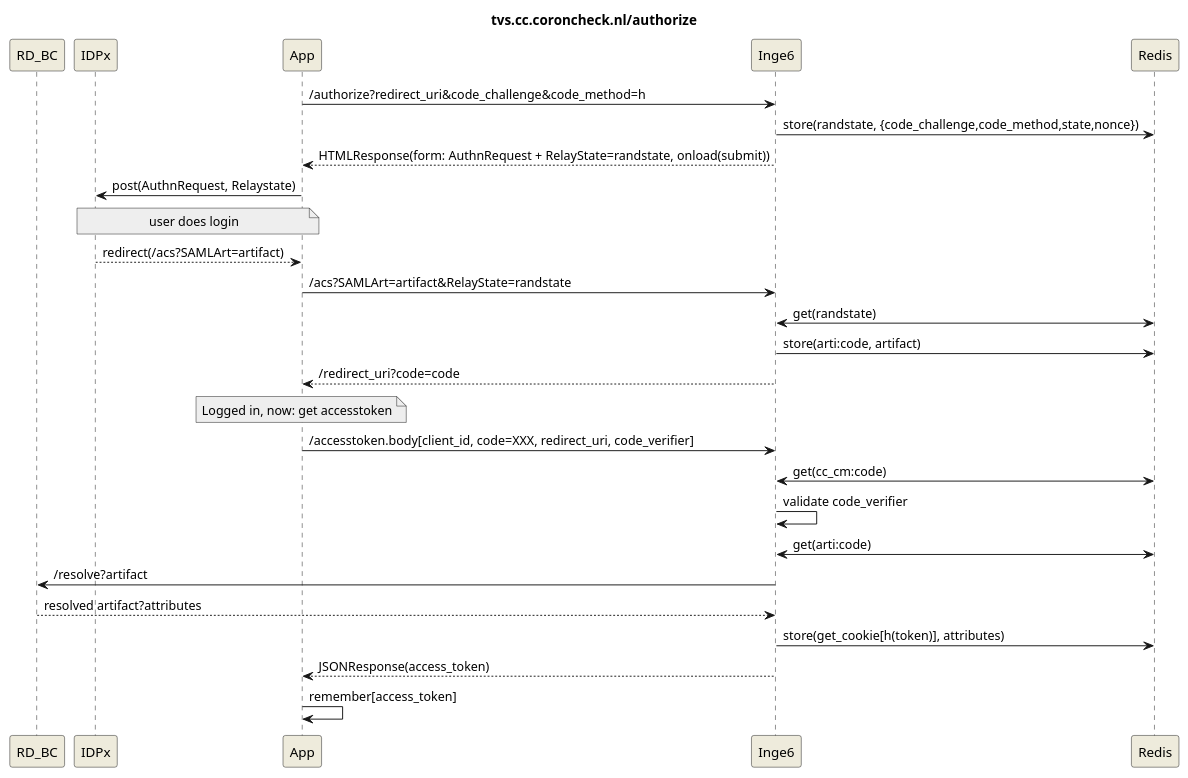
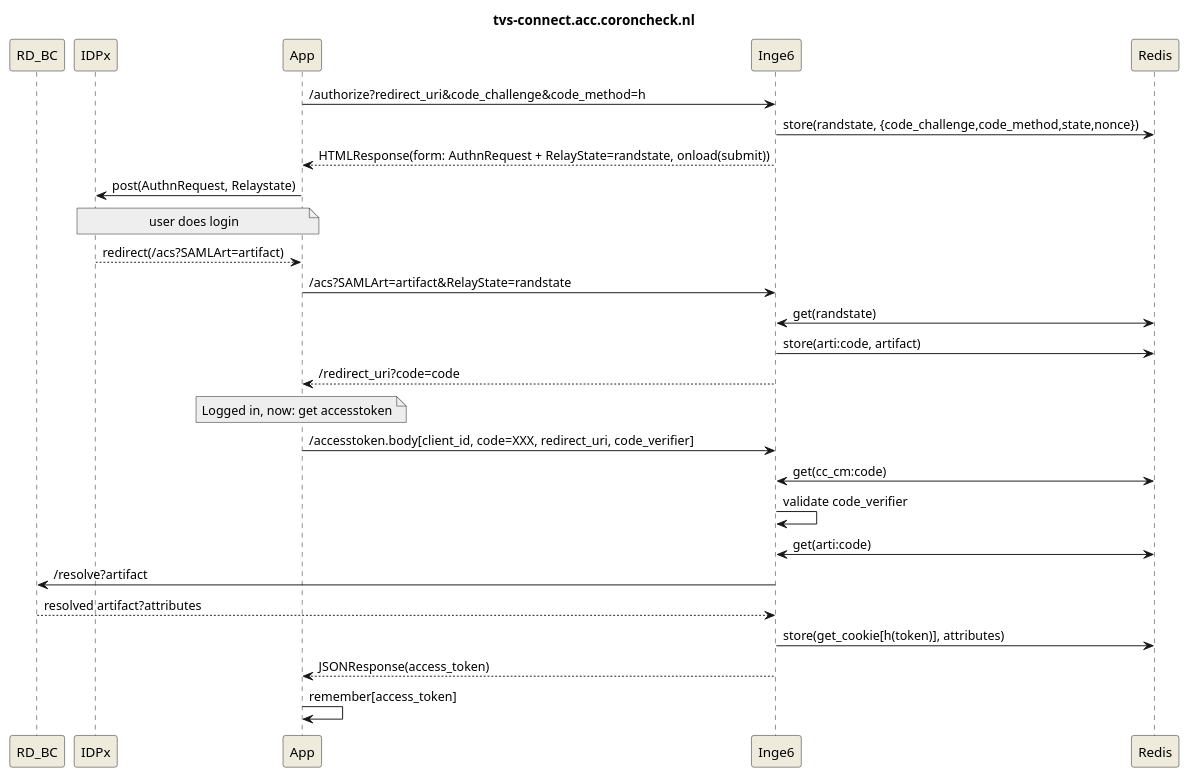
One commit to minvws/nl-rdo-max changed the diagram in docs/tvs-oidc-puml.wsd. Above: the diagram before and after it, drawn with PlantUML. The commit also changed 25 other files, not shown here.

```diff
--- a/docs/tvs-oidc-puml.wsd
+++ b/docs/tvs-oidc-puml.wsd
@@ -1,39 +1,39 @@
 @startuml
-title tvs.cc.coroncheck.nl/authorize
+title tvs-connect.acc.coroncheck.nl
 
 skinparam backgroundColor white
 skinparam participantBackgroundColor #EEEBDC
 skinparam noteBackgroundColor #EEE
 
 participant RD_BC
 participant IDPx
 participant App
 
 App->Inge6:/authorize?redirect_uri&code_challenge&code_method=h
 Inge6->Redis:store(randstate, {code_challenge,code_method,state,nonce})
 Inge6-->App:HTMLResponse(form: AuthnRequest + RelayState=randstate, onload(submit))
 
 App->IDPx:post(AuthnRequest, Relaystate)
 note over App, IDPx:user does login
 IDPx-->App:redirect(/acs?SAMLArt=artifact)
 App->Inge6:/acs?SAMLArt=artifact&RelayState=randstate
 
 Inge6<->Redis:get(randstate)
 
 Inge6->Redis:store(arti:code, artifact)
 Inge6-->App:/redirect_uri?code=code
 
 note over App: Logged in, now: get accesstoken
 App->Inge6:/accesstoken.body[client_id, code=XXX, redirect_uri, code_verifier]
 Redis<->Inge6:get(cc_cm:code)
 Inge6->Inge6:validate code_verifier
 
 Redis<->Inge6:get(arti:code)
 Inge6->RD_BC:/resolve?artifact
 Inge6<--RD_BC:resolved artifact?attributes
 
 Inge6->Redis:store(get_cookie[h(token)], attributes)
 
 Inge6-->App:JSONResponse(access_token)
 App->App:remember[access_token]
 @enduml
```
